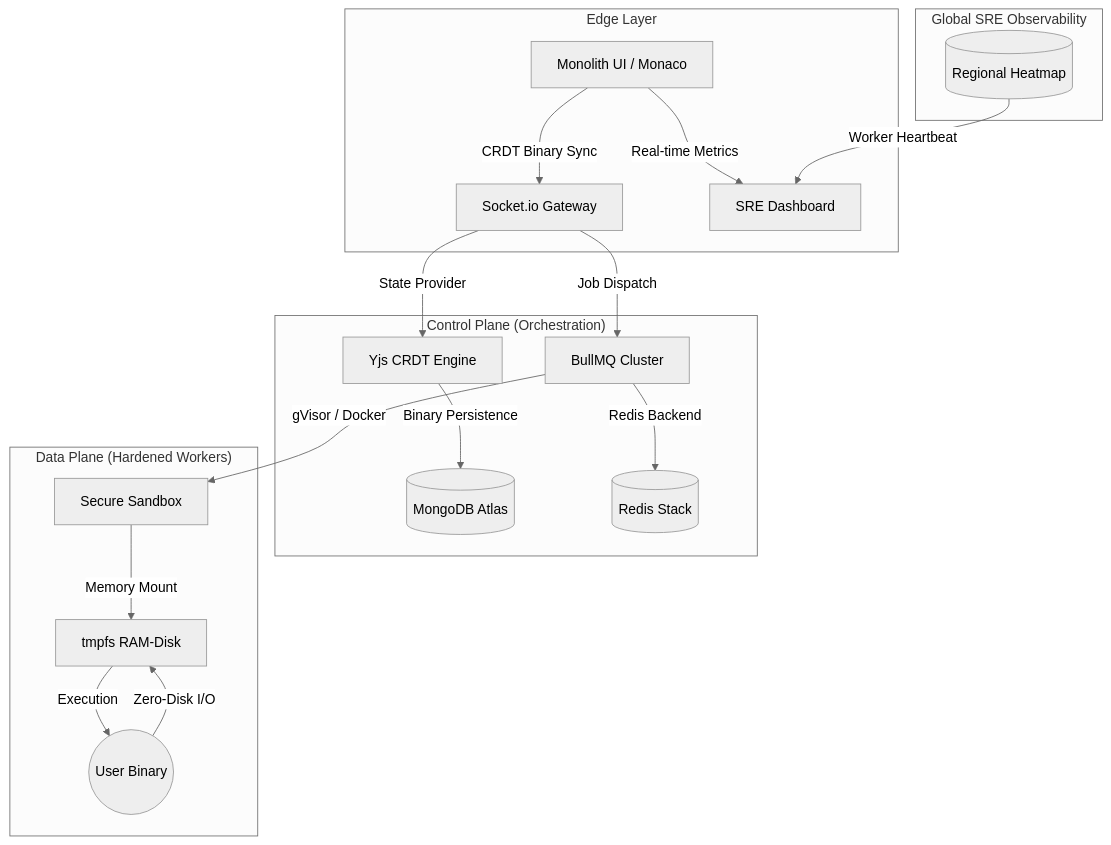
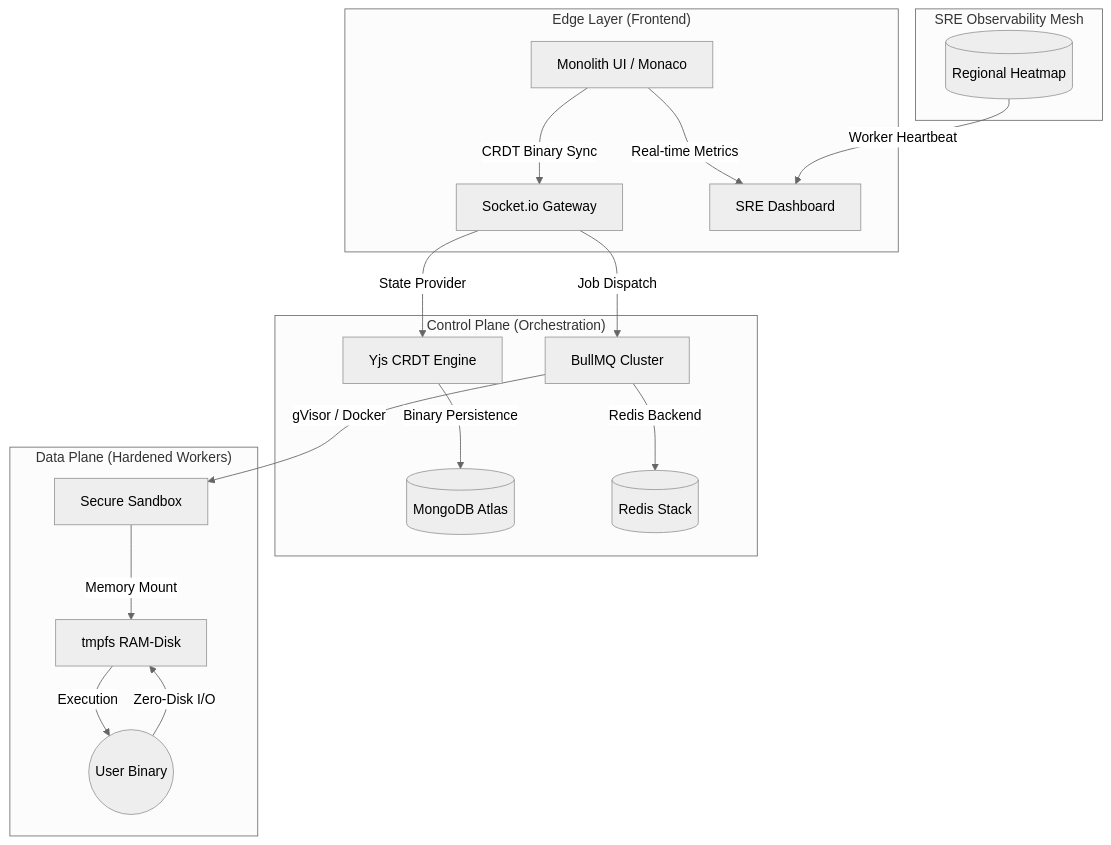
The diagram in README.md (syedmukheeth/SAM-Compiler), drawn with Mermaid (neutral theme) before and after one commit. The commit also changed other lines of this file, not shown here.

````diff
--- a/README.md
+++ b/README.md
@@ -27,26 +59,26 @@
 ```mermaid
 graph TD
-    subgraph "Edge Layer"
+    subgraph "Edge Layer (Frontend)"
         Client[Monolith UI / Monaco] -->|CRDT Binary Sync| Socket[Socket.io Gateway]
         Client -->|Real-time Metrics| Telemetry[SRE Dashboard]
     end
 
     subgraph "Control Plane (Orchestration)"
         Socket -->|State Provider| Yjs[Yjs CRDT Engine]
         Yjs -->|Binary Persistence| DB[(MongoDB Atlas)]
         Socket -->|Job Dispatch| Queue[BullMQ Cluster]
         Queue -->|Redis Backend| Redis[(Redis Stack)]
     end
 
     subgraph "Data Plane (Hardened Workers)"
         Queue -->|gVisor / Docker| Docker[Secure Sandbox]
         Docker -->|Memory Mount| RAM[tmpfs RAM-Disk]
         RAM -->|Execution| Code((User Binary))
         Code -->|Zero-Disk I/O| RAM
     end
 
-    subgraph "Global SRE Observability"
+    subgraph "SRE Observability Mesh"
         Tele[(Regional Heatmap)]
         Tele -->|Worker Heartbeat| Telemetry
     end
 ```
````
